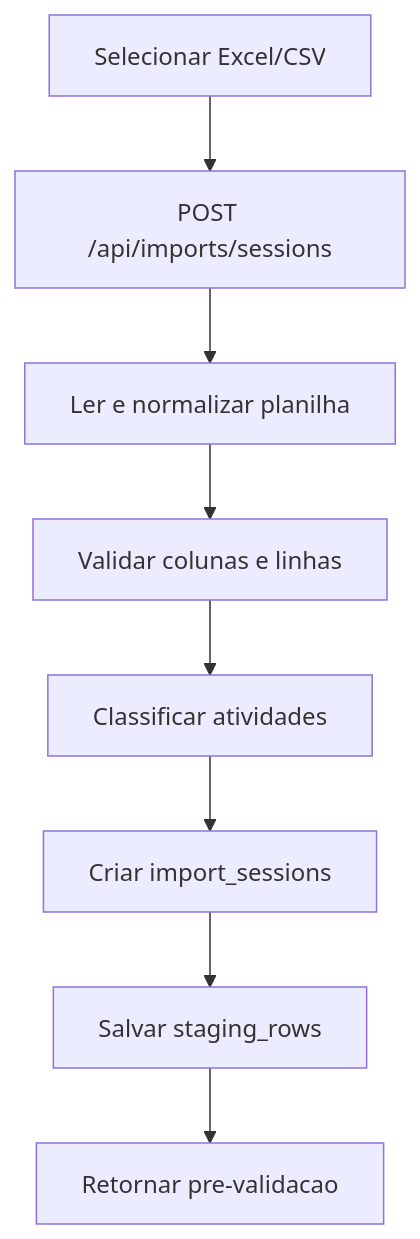
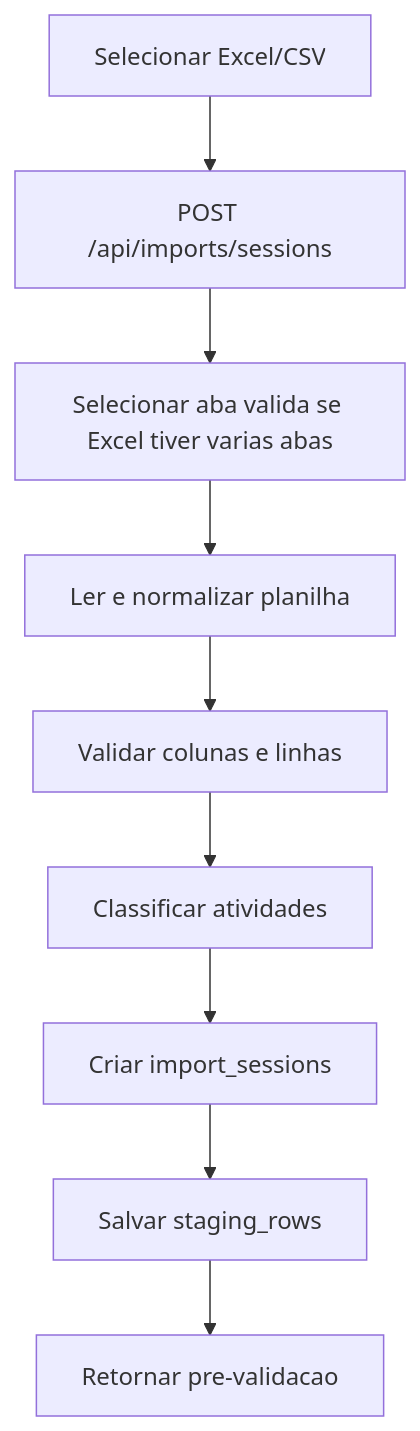
Before and after one commit to GiovannaBarbieri/alfred: the third of 15 diagrams in docs/11-diagramas-endpoints-fluxos.md, drawn with Mermaid. The commit also changed 4 other files, not shown here.

Commit message:
Update documentation for import and export flow

````diff
--- a/docs/11-diagramas-endpoints-fluxos.md
+++ b/docs/11-diagramas-endpoints-fluxos.md
@@ -395,10 +395,11 @@
 ```mermaid
 flowchart TD
   A["Selecionar Excel/CSV"] --> B["POST /api/imports/sessions"]
-  B --> C["Ler e normalizar planilha"]
-  C --> D["Validar colunas e linhas"]
-  D --> E["Classificar atividades"]
-  E --> F["Criar import_sessions"]
-  F --> G["Salvar staging_rows"]
-  G --> H["Retornar pre-validacao"]
+  B --> C["Selecionar aba valida se Excel tiver varias abas"]
+  C --> D["Ler e normalizar planilha"]
+  D --> E["Validar colunas e linhas"]
+  E --> F["Classificar atividades"]
+  F --> G["Criar import_sessions"]
+  G --> H["Salvar staging_rows"]
+  H --> I["Retornar pre-validacao"]
 ```
````
